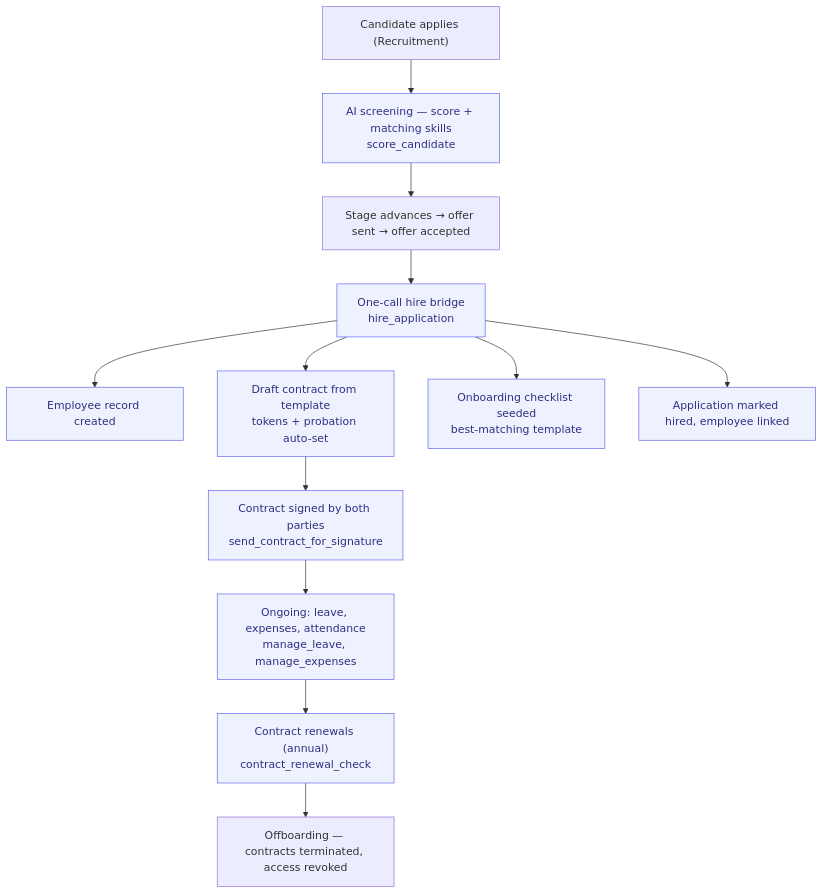
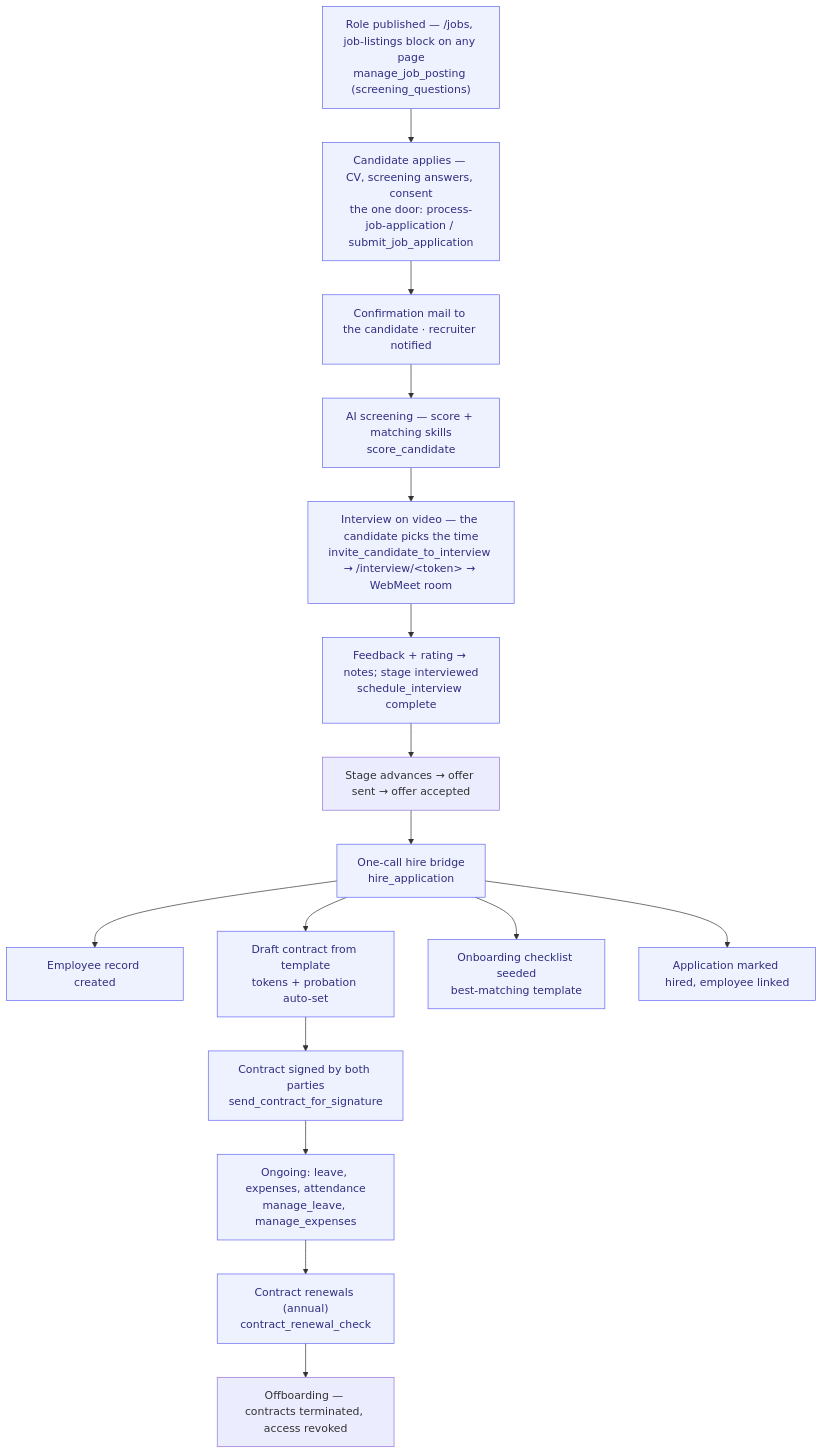
One commit to magnusfroste/flowwink changed the diagram in docs/processes/hire-to-retire.md. Above: the diagram before and after it, drawn with Mermaid. The commit also changed other lines of this file and 6 other files, not shown here.

````diff
--- a/docs/processes/hire-to-retire.md
+++ b/docs/processes/hire-to-retire.md
@@ -33,17 +33,21 @@
 ```mermaid
 flowchart TD
-    A["Candidate applies (Recruitment)"] --> B["AI screening — score + matching skills<br/>score_candidate"]
-    B --> C["Stage advances → offer sent → offer accepted"]
+    P["Role published — /jobs, job-listings block on any page<br/>manage_job_posting (screening_questions)"] --> A
+    A["Candidate applies — CV, screening answers, consent<br/>the one door: process-job-application / submit_job_application"] --> A2["Confirmation mail to the candidate · recruiter notified"]
+    A2 --> B["AI screening — score + matching skills<br/>score_candidate"]
+    B --> I["Interview on video — the candidate picks the time<br/>invite_candidate_to_interview → /interview/&lt;token&gt; → WebMeet room"]
+    I --> I2["Feedback + rating → notes; stage interviewed<br/>schedule_interview complete"]
+    I2 --> C["Stage advances → offer sent → offer accepted"]
     C --> D["One-call hire bridge<br/>hire_application"]
     D --> D1["Employee record created"]
     D --> D2["Draft contract from template<br/>tokens + probation auto-set"]
     D --> D3["Onboarding checklist seeded<br/>best-matching template"]
     D --> D4["Application marked hired, employee linked"]
     D2 --> E["Contract signed by both parties<br/>send_contract_for_signature"]
     E --> F["Ongoing: leave, expenses, attendance<br/>manage_leave, manage_expenses"]
     F --> G["Contract renewals (annual)<br/>contract_renewal_check"]
     G --> H["Offboarding — contracts terminated, access revoked"]
 
     classDef agent fill:#eef2ff,stroke:#6366f1,color:#312e81;
-    class B,D,D1,D2,D3,D4,E,F,G agent
+    class P,A,A2,B,I,I2,D,D1,D2,D3,D4,E,F,G agent
 ```
````
